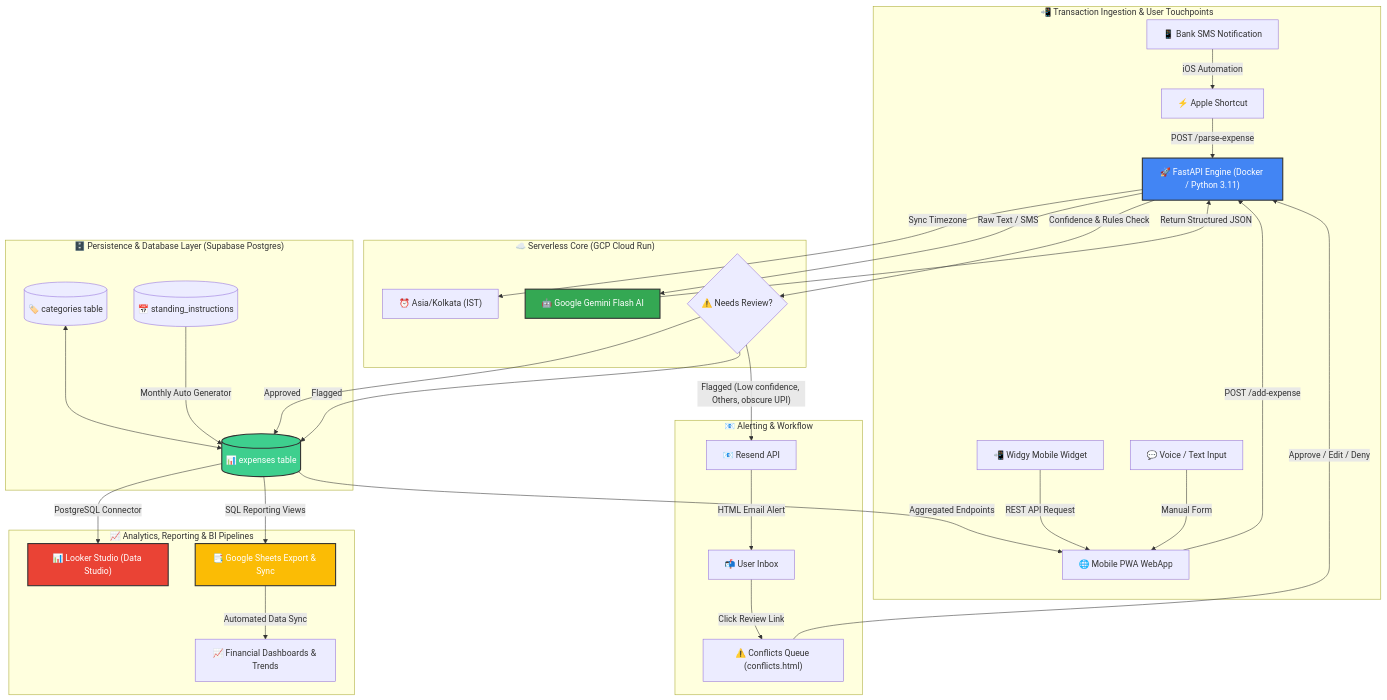
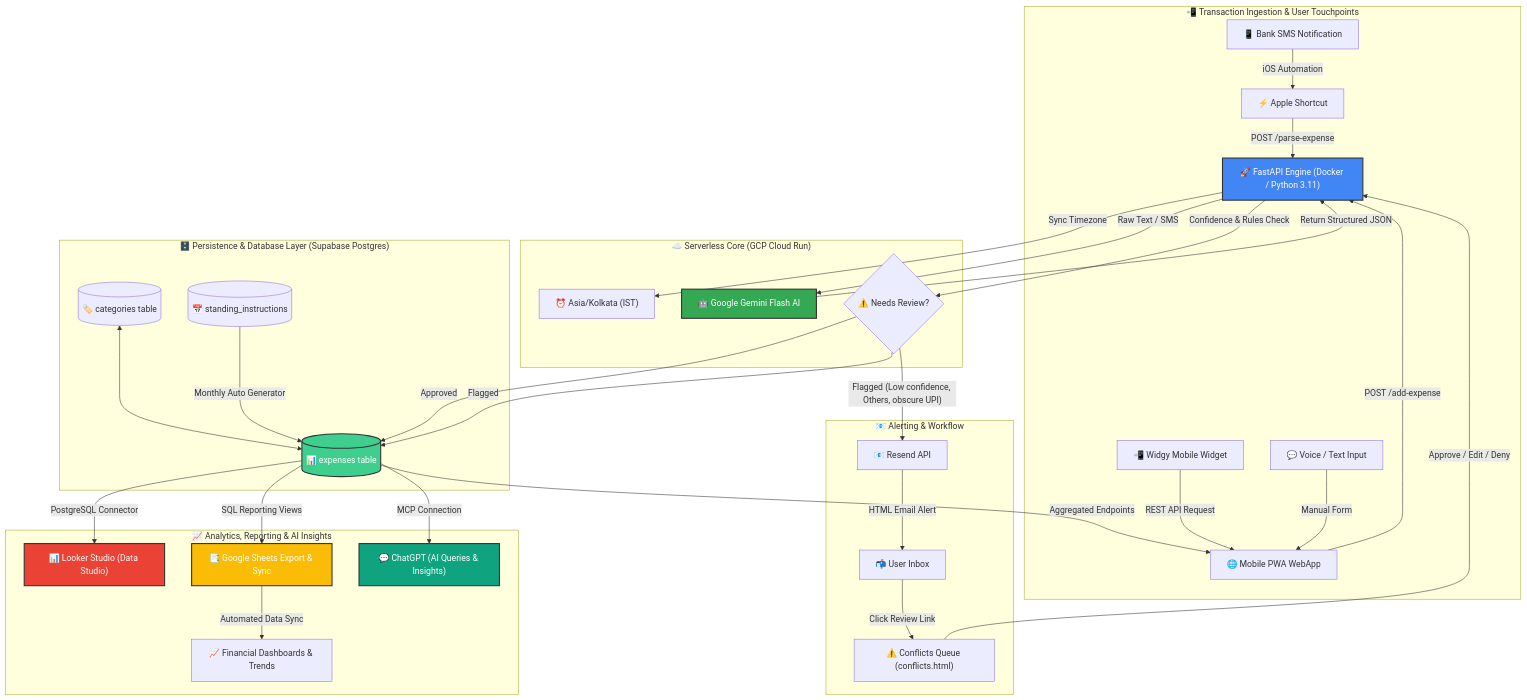
Before and after one commit to shyammvm/SmartExpenseTracker: the diagram in README.md, drawn with Mermaid. The commit also changed other lines of this file and 1 other file, not shown here.

````diff
--- a/README.md
+++ b/README.md
@@ -11,49 +11,51 @@
 ```mermaid
 flowchart TD
     subgraph Ingestion ["📲 Transaction Ingestion & User Touchpoints"]
         A1["📱 Bank SMS Notification"] -->|iOS Automation| B1["⚡ Apple Shortcut"]
         A2["📲 Widgy Mobile Widget"] -->|REST API Request| B2["🌐 Mobile PWA WebApp"]
         A3["💬 Voice / Text Input"] -->|Manual Form| B2
         B1 -->|POST /parse-expense| C1
         B2 -->|POST /add-expense| C1
     end
 
     subgraph Compute ["☁️ Serverless Core (GCP Cloud Run)"]
         C1["🚀 FastAPI Engine (Docker / Python 3.11)"]
         C1 -->|Sync Timezone| C2["⏰ Asia/Kolkata (IST)"]
         
         C1 -->|Raw Text / SMS| D1["🤖 Google Gemini Flash AI"]
         D1 -->|Return Structured JSON| C1
         
         C1 -->|Confidence & Rules Check| C3{"⚠️ Needs Review?"}
     end
 
     subgraph Storage ["🗄️ Persistence & Database Layer (Supabase Postgres)"]
         C3 -->|Approved| E1[("📊 expenses table")]
         C3 -->|Flagged| E1
         
         E2[("🏷️ categories table")] <--> E1
         E3[("📅 standing_instructions")] -->|Monthly Auto Generator| E1
     end
 
     subgraph Notification ["📧 Alerting & Workflow"]
         C3 -->|"Flagged (Low confidence, Others, obscure UPI)"| F1["📧 Resend API"]
         F1 -->|HTML Email Alert| F2["📬 User Inbox"]
         F2 -->|Click Review Link| G1["⚠️ Conflicts Queue (conflicts.html)"]
         G1 -->|Approve / Edit / Deny| C1
     end
 
-    subgraph Analytics ["📈 Analytics, Reporting & BI Pipelines"]
+    subgraph Analytics ["📈 Analytics, Reporting & AI Insights"]
         E1 -->|PostgreSQL Connector| H1["📊 Looker Studio (Data Studio)"]
         E1 -->|SQL Reporting Views| H2["📑 Google Sheets Export & Sync"]
+        E1 -->|MCP Connection| H4["💬 ChatGPT (AI Queries & Insights)"]
         
         H2 -->|Automated Data Sync| H3["📈 Financial Dashboards & Trends"]
         E1 -->|Aggregated Endpoints| B2
     end
 
     style C1 fill:#4285F4,stroke:#333,stroke-width:2px,color:#fff
     style D1 fill:#34A853,stroke:#333,stroke-width:2px,color:#fff
     style E1 fill:#3ECF8E,stroke:#333,stroke-width:2px,color:#fff
     style H1 fill:#EA4335,stroke:#333,stroke-width:2px,color:#fff
     style H2 fill:#FBBC05,stroke:#333,stroke-width:2px,color:#fff
+    style H4 fill:#10A37F,stroke:#333,stroke-width:2px,color:#fff
 ```
````
